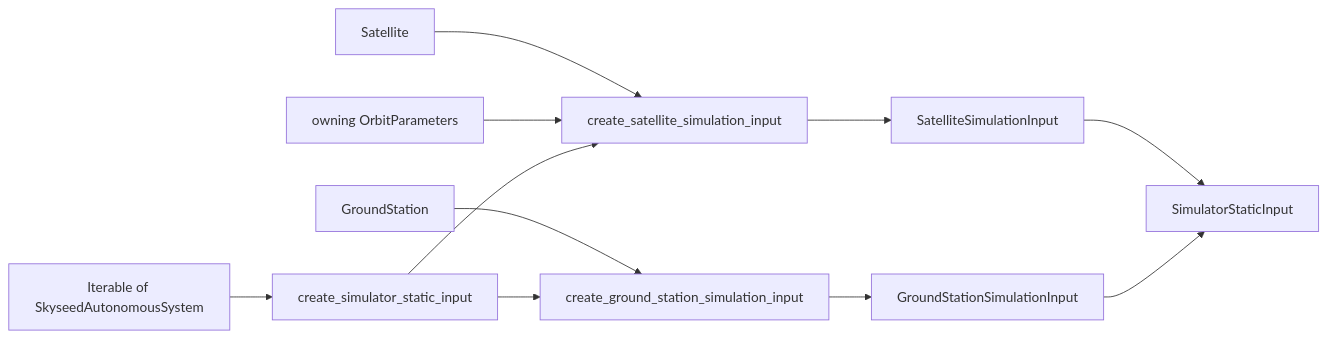
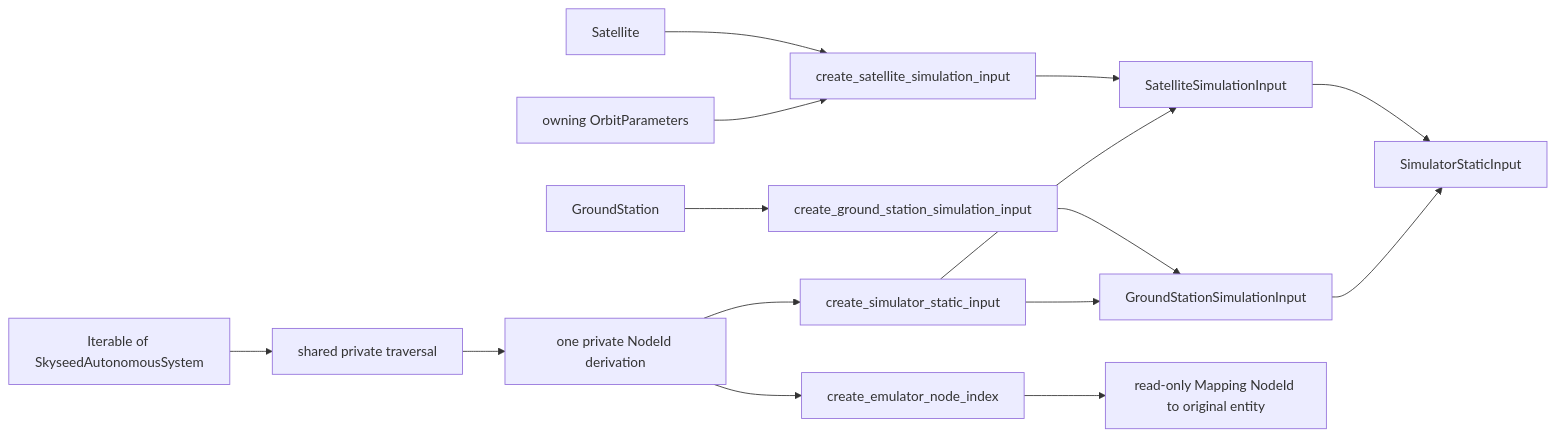
Before and after one commit to seed-labs/skyseed: the second of 5 diagrams in skyseed_v2/docs/architecture/conceptual-class-diagrams.md, drawn with Mermaid. The commit also changed other lines of this file and 47 other files, not shown here.

````diff
--- a/skyseed_v2/docs/architecture/conceptual-class-diagrams.md
+++ b/skyseed_v2/docs/architecture/conceptual-class-diagrams.md
@@ -68,13 +68,17 @@
 ```mermaid
 flowchart LR
     SAT[Satellite] --> CS[create_satellite_simulation_input]
     OP[owning OrbitParameters] --> CS
     GS[GroundStation] --> CG[create_ground_station_simulation_input]
-    AS[Iterable of SkyseedAutonomousSystem] --> CA[create_simulator_static_input]
-    CA --> CS
-    CA --> CG
+    AS[Iterable of SkyseedAutonomousSystem] --> WALK[shared private traversal]
+    WALK --> DERIVE[one private NodeId derivation]
+    DERIVE --> CA[create_simulator_static_input]
+    DERIVE --> CI[create_emulator_node_index]
     CS --> SI[SatelliteSimulationInput]
     CG --> GI[GroundStationSimulationInput]
+    CA --> SI
+    CA --> GI
     SI --> AGG[SimulatorStaticInput]
     GI --> AGG
+    CI --> IDX[read-only Mapping NodeId to original entity]
 ```
````
